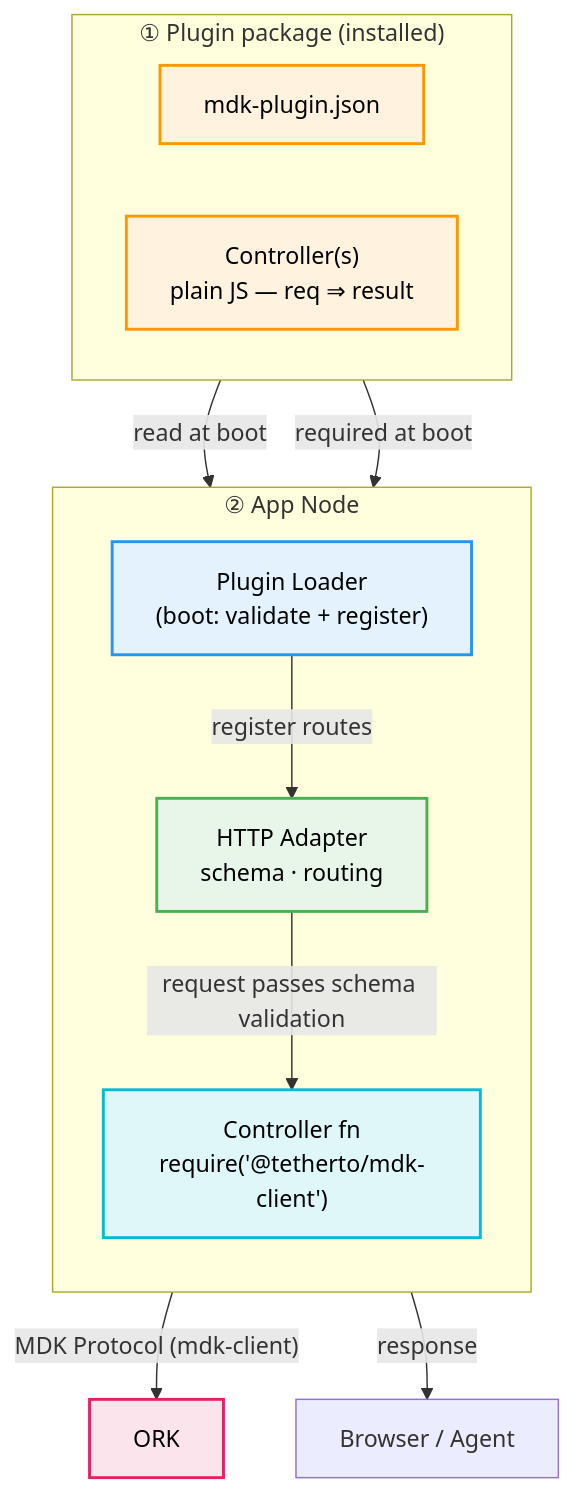
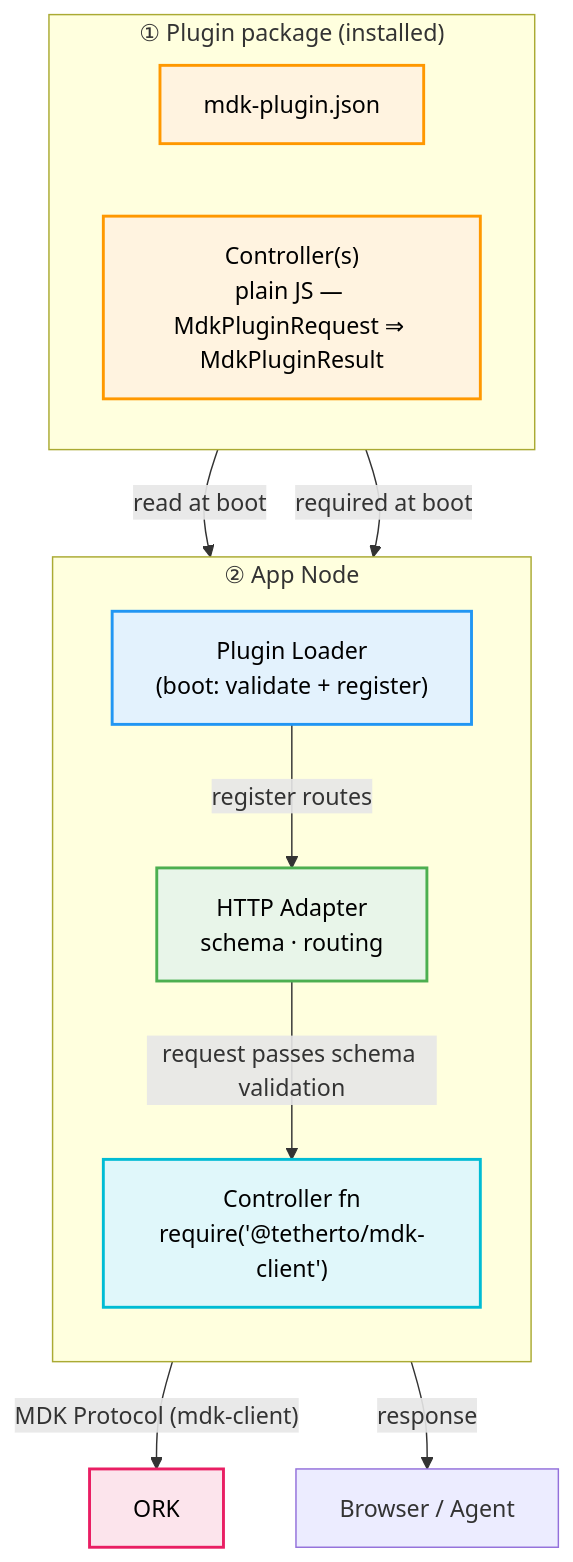
Before and after one commit to Gio-Galt/mdk-be: the first of 2 diagrams in docs/hld-app-node-plugins.md, drawn with Mermaid. The commit also changed other lines of this file and 1 other file, not shown here.

First line of the commit message:
Update plugin documentation and add example manifest

````diff
--- a/docs/hld-app-node-plugins.md
+++ b/docs/hld-app-node-plugins.md
@@ -40,36 +40,36 @@
 ```mermaid
 flowchart TD
     %% ---------- 1. INPUTS ----------
     subgraph INPUTS["① Plugin package (installed)"]
         direction LR
         MANIFEST["mdk-plugin.json"]
-        CTRL["Controller(s)<br/>plain JS — req ⇒ result"]
+        CTRL["Controller(s)<br/>plain JS — MdkPluginRequest ⇒ MdkPluginResult"]
     end
 
     %% ---------- 2. APP NODE ----------
     subgraph APPNODE["② App Node"]
         direction TB
         LOADER["Plugin Loader<br/>(boot: validate + register)"]
         ADAPTER["HTTP Adapter<br/>schema · routing"]
         CONTROLLER["Controller fn<br/>require('@tetherto/mdk-client')"]
     end
 
     %% ---------- 3. CONSUMERS ----------
     ORK["ORK"]
     EXT["Browser / Agent"]
 
     MANIFEST -->|"read at boot"| LOADER
     CTRL -->|"required at boot"| LOADER
     LOADER -->|"register routes"| ADAPTER
 
     ADAPTER -->|"request passes schema validation"| CONTROLLER
     CONTROLLER -->|"MDK Protocol (mdk-client)"| ORK
     ADAPTER -->|"response"| EXT
 
     style MANIFEST fill:#fff3e0,stroke:#ff9800,stroke-width:2px,color:#000
     style CTRL fill:#fff3e0,stroke:#ff9800,stroke-width:2px,color:#000
     style LOADER fill:#e3f2fd,stroke:#2196f3,stroke-width:2px,color:#000
     style ADAPTER fill:#e8f5e9,stroke:#4caf50,stroke-width:2px,color:#000
     style CONTROLLER fill:#e0f7fa,stroke:#00bcd4,stroke-width:2px,color:#000
     style ORK fill:#fce4ec,stroke:#e91e63,stroke-width:2px,color:#000
 ```
````
